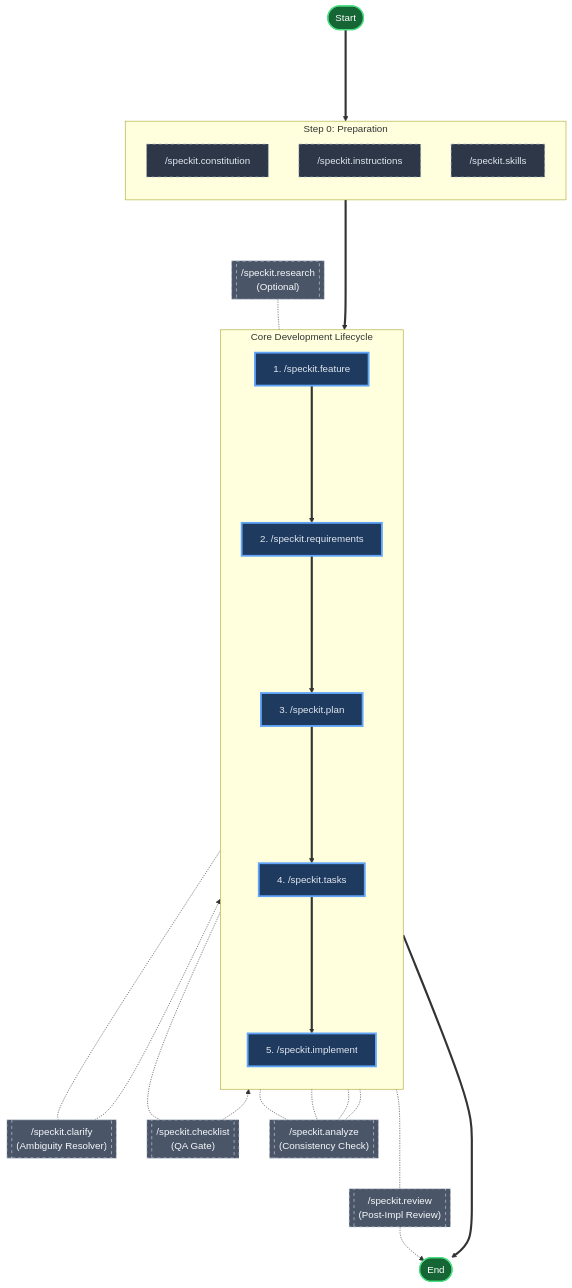
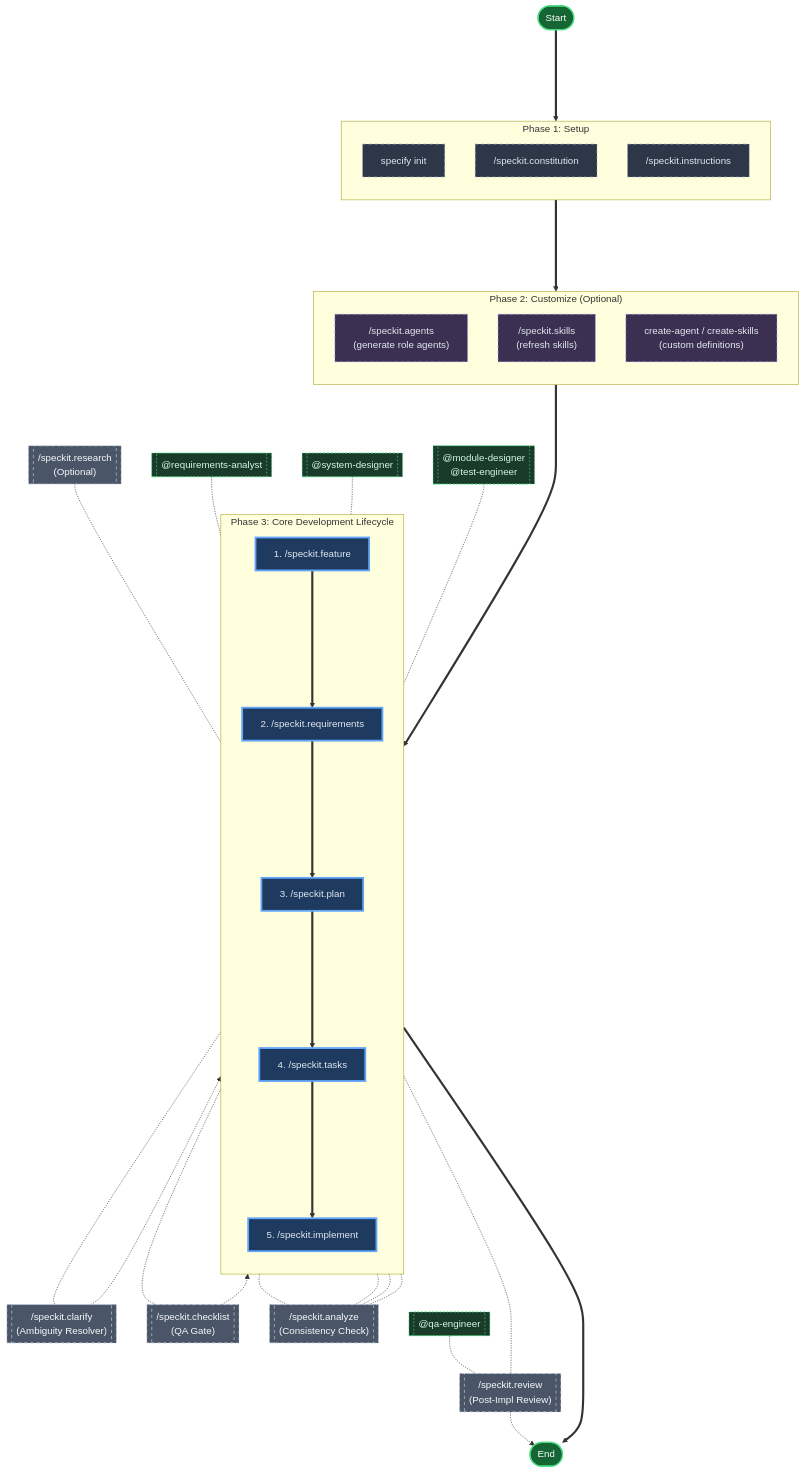
Before and after one commit to cloud-native-ai/spec-kit: the diagram in docs/usage.md, drawn with Mermaid. The commit also changed other lines of this file and 2 other files, not shown here.

First line of the commit message:
docs: restructure workflow docs around 3-phase agent/skill-integrated model

````diff
--- a/docs/usage.md
+++ b/docs/usage.md
@@ -330,57 +347,66 @@
 ```mermaid
 flowchart TD
-    %% Setup Phase
-    subgraph Setup ["Step 0: Preparation"]
+    %% Phase 1: Setup
+    subgraph Phase1 ["Phase 1: Setup"]
         direction TB
-        S1["/speckit.constitution"]
-        S2["/speckit.instructions"]
-        S3["/speckit.skills"]
+        P1_1["specify init"]
+        P1_2["/speckit.constitution"]
+        P1_3["/speckit.instructions"]
     end
 
-    %% Core Flow
-    subgraph Core ["Core Development Lifecycle"]
+    %% Phase 2: Customize (Optional)
+    subgraph Phase2 ["Phase 2: Customize (Optional)"]
+        direction TB
+        P2_1["/speckit.agents\n(generate role agents)"]
+        P2_2["/speckit.skills\n(refresh skills)"]
+        P2_3["create-agent / create-skills\n(custom definitions)"]
+    end
+
+    %% Phase 3: Core Development
+    subgraph Phase3 ["Phase 3: Core Development Lifecycle"]
         direction TB
         C1["1. /speckit.feature"]
         C2["2. /speckit.requirements"]
         C3["3. /speckit.plan"]
         C4["4. /speckit.tasks"]
         C5["5. /speckit.implement"]
     end
 
     %% Flow Connectivity
-    Start([Start]) ====> Setup
-    Setup ====> C1
+    Start([Start]) ====> Phase1
+    Phase1 ====> Phase2
+    Phase2 ====> C1
     C1 ====> C2
     C2 ====> C3
     C3 ====> C4
     C4 ====> C5
     C5 ====> End([End])
 
-    %% Auxiliary / Optional Tools - Context sensitive placement
-    
-    %% Research supports Specify
+    %% Auxiliary Tools
     T_Res[["/speckit.research\n(Optional)"]] -.- C2
-    
-    %% Clarify repairs Specify
     C2 -.- T_Clar[["/speckit.clarify\n(Ambiguity Resolver)"]] -.-> C2
-    
-    %% Checklist serves as a gate before Implement
     C4 -.- T_Chk[["/speckit.checklist\n(QA Gate)"]] -.-> C5
-    
-    %% Analyze watches over the artifacts
     C2 & C3 & C4 & C5 -.- T_Ana[["/speckit.analyze\n(Consistency Check)"]]
-    
-    %% Review validates the Implementation
     C5 -.- T_Rev[["/speckit.review\n(Post-Impl Review)"]] -.-> End
+
+    %% Agent assistance (dashed, advisory)
+    A1[["@requirements-analyst"]] -.- C2
+    A2[["@system-designer"]] -.- C3
+    A3[["@module-designer\n@test-engineer"]] -.- C5
+    A4[["@qa-engineer"]] -.- T_Rev
 
     %% Styling
     classDef setup fill:#2d3748,stroke:#a0aec0,color:#e2e8f0,stroke-width:1px,stroke-dasharray: 5 5;
+    classDef customize fill:#3b3052,stroke:#a78bfa,color:#e2e8f0,stroke-width:1px,stroke-dasharray: 5 5;
     classDef core fill:#1e3a5f,stroke:#60a5fa,color:#e2e8f0,stroke-width:3px;
     classDef aux fill:#4a5568,stroke:#cbd5e0,color:#f7fafc,stroke-width:1px,stroke-dasharray: 5 5;
+    classDef agent fill:#1a3a2a,stroke:#4ade80,color:#d1fae5,stroke-width:1px,stroke-dasharray: 3 3;
     classDef startEnd fill:#166534,stroke:#4ade80,color:#ffffff,stroke-width:2px;
-    
+
     class Start,End startEnd
-    class S1,S2,S3 setup
+    class P1_1,P1_2,P1_3 setup
+    class P2_1,P2_2,P2_3 customize
     class C1,C2,C3,C4,C5 core
     class T_Res,T_Clar,T_Chk,T_Ana,T_Rev aux
+    class A1,A2,A3,A4 agent
 ```
````
